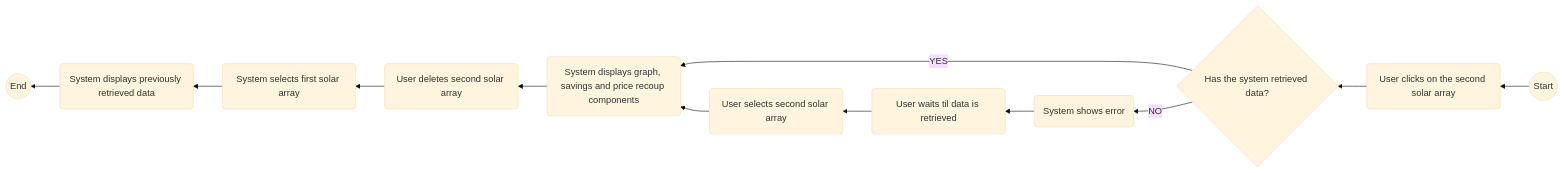
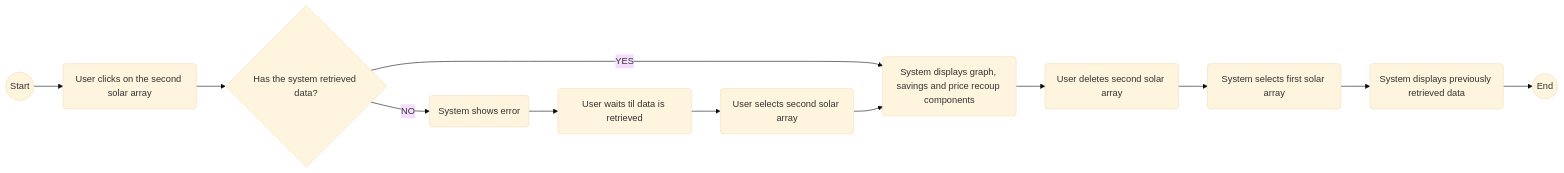
Before and after one commit to pragathiGopal25/SunSaver: the third of 8 diagrams in MODELING.md, drawn with Mermaid (base theme). The commit also changed other lines of this file, not shown here.

````diff
--- a/MODELING.md
+++ b/MODELING.md
@@ -514,33 +514,33 @@
 ```mermaid
-flowchart RL;
+flowchart LR;
 
     Start((Start))
     SelectSecond(User clicks on the second solar array)
     RetrievedData{Has the system retrieved data?}
     DisplayComponents(System displays graph, savings and price recoup components)
 
     ShowError(System shows error)
     Wait(User waits til data is retrieved)
     ReSelect(User selects second solar array)
 
     Delete(User deletes second solar array)
     SelectFirst(System selects first solar array)
     DisplayPrev(System displays previously retrieved data)
 
     Start --> SelectSecond
     SelectSecond --> RetrievedData
     RetrievedData --YES--> DisplayComponents 
     RetrievedData --NO--> ShowError
 
     ShowError --> Wait
     Wait --> ReSelect
     ReSelect --> DisplayComponents
 
     DisplayComponents --> Delete
     Delete --> SelectFirst
     SelectFirst --> DisplayPrev
 
     End((End))
 
     DisplayPrev --> End 
 ```
````
